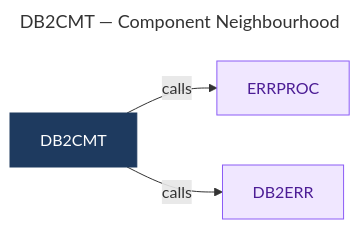
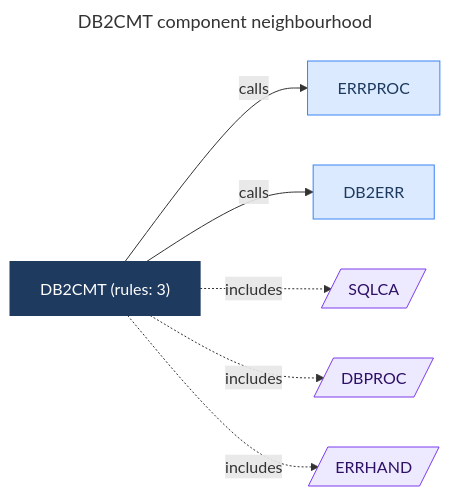
One commit to Udaradg/legacy-modernization-harness changed the diagram in output/diagram/diagrams/component_DB2CMT.mmd. Above: the diagram before and after it, drawn with Mermaid. The commit also changed other lines of this file and 202 other files, not shown here.

```diff
--- a/output/diagram/diagrams/component_DB2CMT.mmd
+++ b/output/diagram/diagrams/component_DB2CMT.mmd
@@ -1,17 +1,24 @@
 ---
-title: DB2CMT — Component Neighbourhood
+title: DB2CMT component neighbourhood
 ---
 flowchart LR
-  %% Generated by 6_diagram agent — component-mapper skill
+  %% Generated by 6_diagram agent -- component-mapper skill
 
   classDef batch    fill:#dbeafe,stroke:#3b82f6,color:#1e3a5f
   classDef online   fill:#d1fae5,stroke:#10b981,color:#064e3b
-  classDef common   fill:#f0e7ff,stroke:#8b5cf6,color:#4c1d95
+  classDef copybook fill:#ede9fe,stroke:#7c3aed,color:#2e1065
+  classDef datastore fill:#fef3c7,stroke:#f59e0b,color:#451a03
   classDef focal    fill:#1e3a5f,stroke:#1e3a5f,color:#ffffff
 
-  DB2CMT["DB2CMT"]:::focal
-  ERRPROC["ERRPROC"]:::common
-  DB2ERR["DB2ERR"]:::common
+  DB2CMT["DB2CMT (rules: 3)"]:::focal
+  ERRHAND[/ERRHAND/]:::copybook
+  DB2ERR[DB2ERR]:::batch
+  ERRPROC[ERRPROC]:::batch
+  DBPROC[/DBPROC/]:::copybook
+  SQLCA[/SQLCA/]:::copybook
 
   DB2CMT -->|calls| ERRPROC
   DB2CMT -->|calls| DB2ERR
+  DB2CMT -.->|includes| SQLCA
+  DB2CMT -.->|includes| DBPROC
+  DB2CMT -.->|includes| ERRHAND
```
